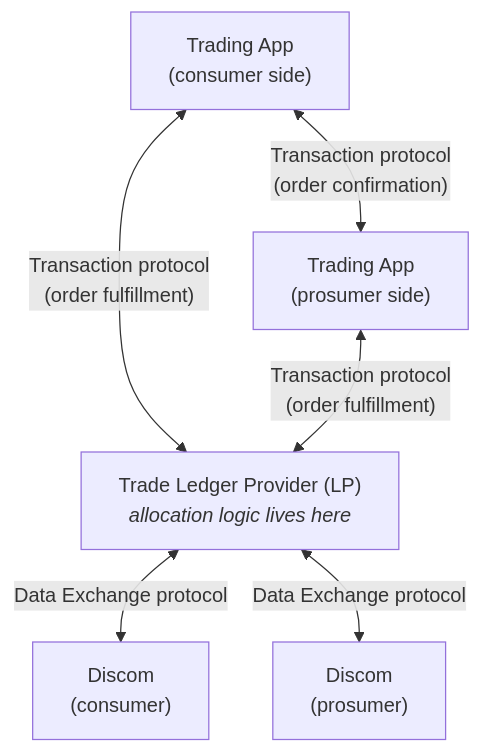
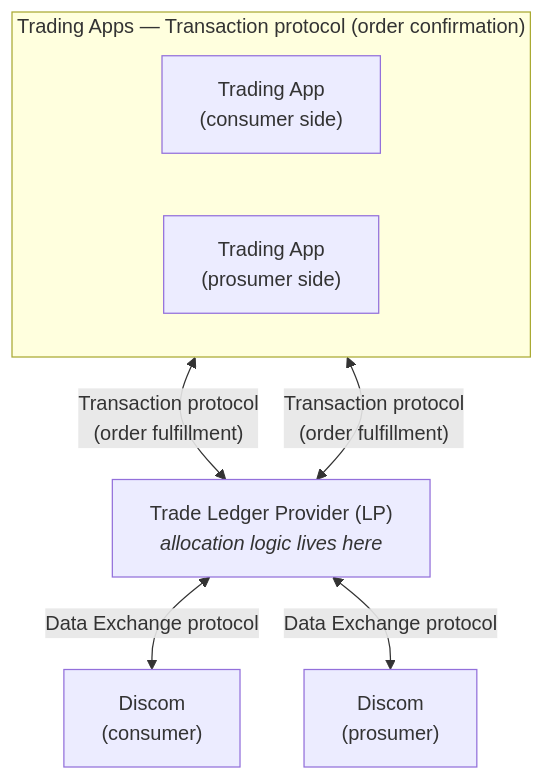
The third of 3 diagrams in docs/implementation-guides/v2/P2P_Trading/Inter_energy_retailer_P2P_trading.md (areebahmeddd/digital-energy-grid), drawn with Mermaid before and after one commit.

Commit message:
trying to fix mermein render

````diff
--- a/docs/implementation-guides/v2/P2P_Trading/Inter_energy_retailer_P2P_trading.md
+++ b/docs/implementation-guides/v2/P2P_Trading/Inter_energy_retailer_P2P_trading.md
@@ -286,11 +286,15 @@
 ```mermaid
 flowchart TB
-    TAc["Trading App<br/>(consumer side)"] <-->|"Transaction protocol<br/>(order confirmation)"| TAp["Trading App<br/>(prosumer side)"]
+    subgraph TPs["Trading Apps — Transaction protocol (order confirmation)"]
+        direction LR
+        TAc["Trading App<br/>(consumer side)"]
+        TAp["Trading App<br/>(prosumer side)"]
+    end
     LP["Trade Ledger Provider (LP)<br/><i>allocation logic lives here</i>"]
     Dc["Discom<br/>(consumer)"]
     Dp["Discom<br/>(prosumer)"]
     TAc <-->|"Transaction protocol<br/>(order fulfillment)"| LP
     TAp <-->|"Transaction protocol<br/>(order fulfillment)"| LP
     LP <-->|"Data Exchange protocol"| Dc
     LP <-->|"Data Exchange protocol"| Dp
 ```
````
